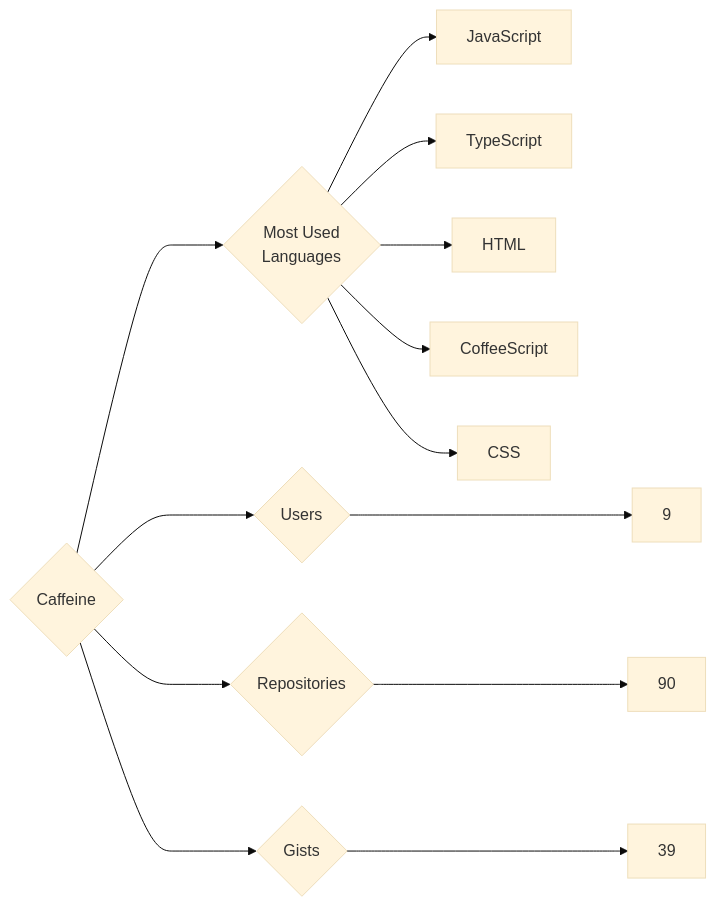
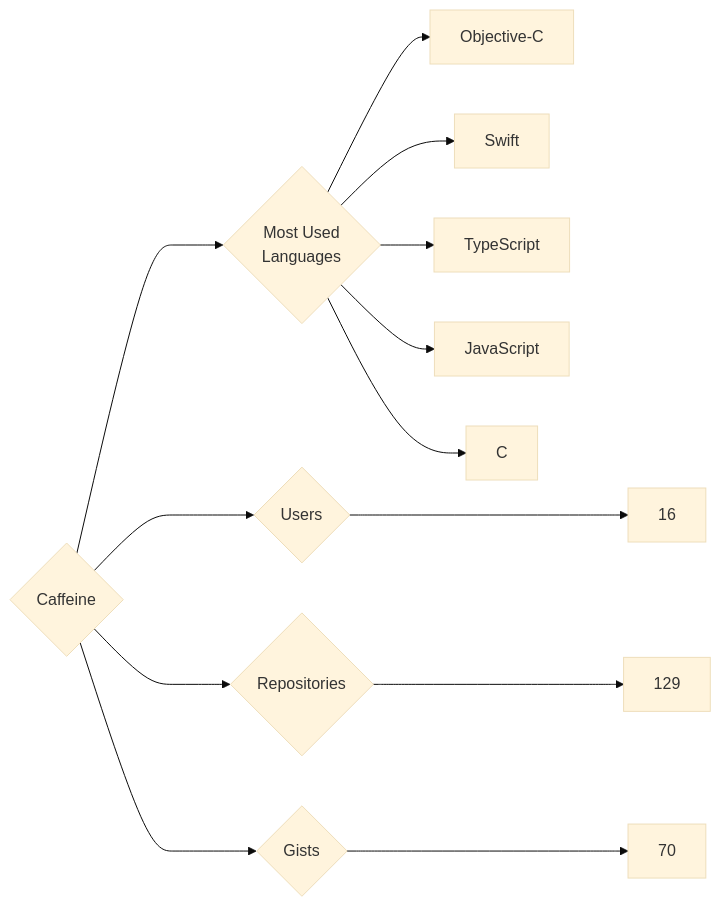
The diagram in targets/Caffeine/README.md (trickest/insiders), drawn with Mermaid (base theme) before and after one commit. The commit also changed 772 other files, not shown here.

````diff
--- a/targets/Caffeine/README.md
+++ b/targets/Caffeine/README.md
@@ -3,13 +3,13 @@
 ```mermaid
 graph LR
 COMPANY_NAME{Caffeine}
-COMPANY_NAME ---> U{Users} ---> UN[9]
-COMPANY_NAME ---> R{Repositories} ---> RN[90]
-COMPANY_NAME ---> G{Gists} ---> GN[39]
+COMPANY_NAME ---> U{Users} ---> UN[16]
+COMPANY_NAME ---> R{Repositories} ---> RN[129]
+COMPANY_NAME ---> G{Gists} ---> GN[70]
 COMPANY_NAME ---> ML{Most Used<br>Languages}
+ML --> Objective-C[Objective-C]
+ML --> Swift[Swift]
+ML --> TypeScript[TypeScript]
 ML --> JavaScript[JavaScript]
-ML --> TypeScript[TypeScript]
-ML --> HTML[HTML]
-ML --> CoffeeScript[CoffeeScript]
-ML --> CSS[CSS]
+ML --> C[C]
 ```
````
